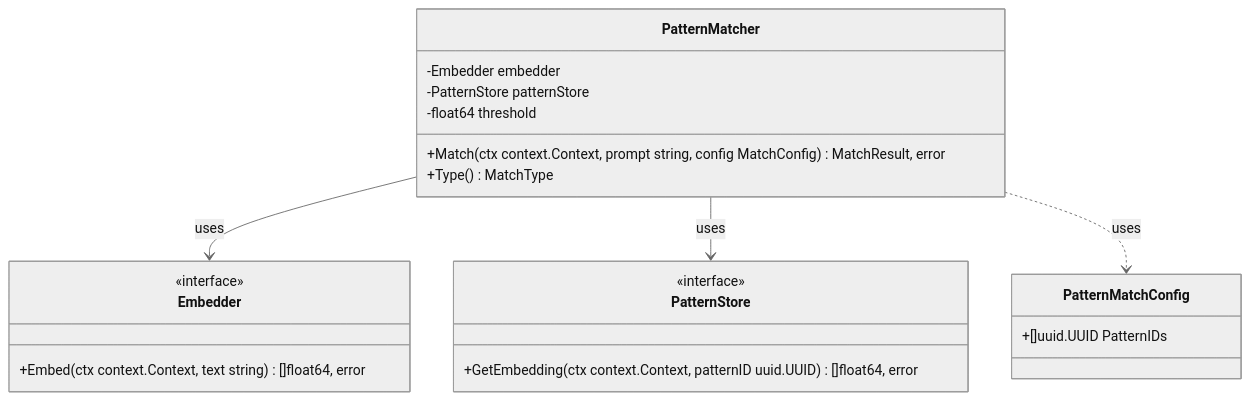
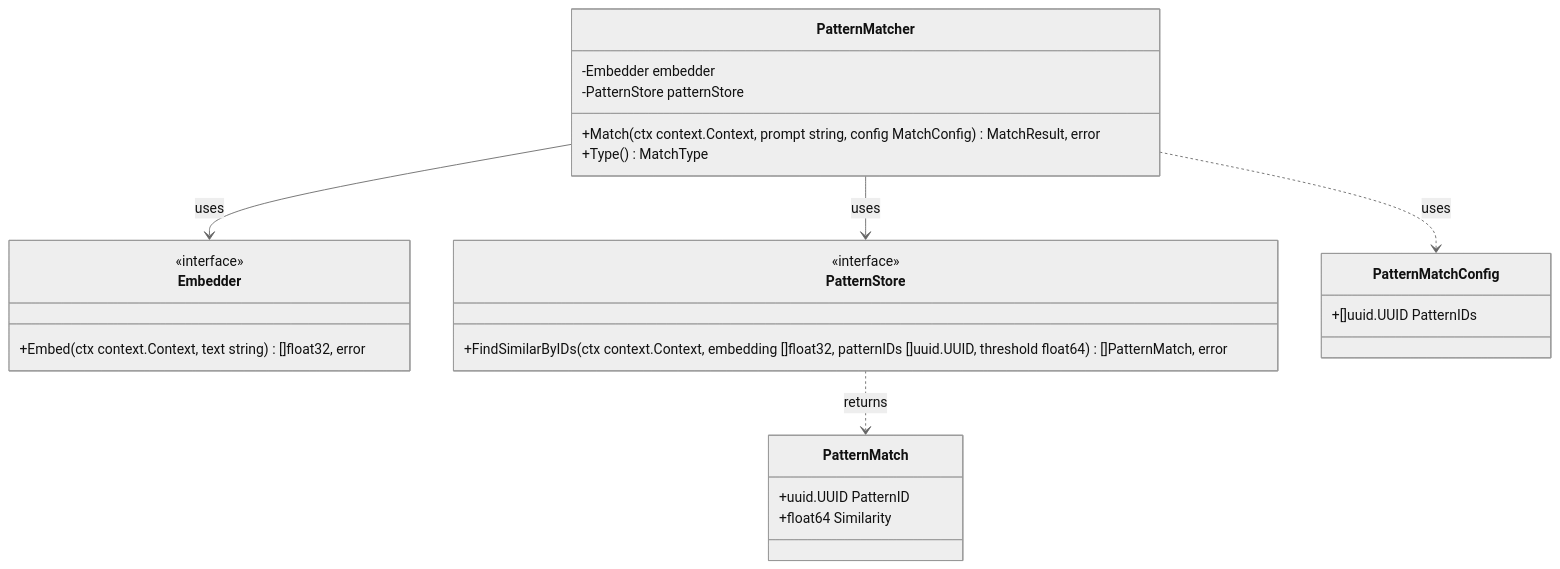
Before and after one commit to twistingmercury/mnemonic-mcp: diagram 13 of 19 in docs/design/routing-engine.md, drawn with Mermaid (neutral theme). The commit also changed other lines of this file and 1 other file, not shown here.

Commit message:
explicitly stated the cosine similarity searches are performed by vector db

````diff
--- a/docs/design/routing-engine.md
+++ b/docs/design/routing-engine.md
@@ -810,28 +815,33 @@
 ```mermaid
 classDiagram
     class PatternMatcher {
         -Embedder embedder
         -PatternStore patternStore
-        -float64 threshold
         +Match(ctx context.Context, prompt string, config MatchConfig) MatchResult, error
         +Type() MatchType
     }
 
     class Embedder {
         <<interface>>
-        +Embed(ctx context.Context, text string) []float64, error
+        +Embed(ctx context.Context, text string) []float32, error
     }
 
     class PatternStore {
         <<interface>>
-        +GetEmbedding(ctx context.Context, patternID uuid.UUID) []float64, error
+        +FindSimilarByIDs(ctx context.Context, embedding []float32, patternIDs []uuid.UUID, threshold float64) []PatternMatch, error
+    }
+
+    class PatternMatch {
+        +uuid.UUID PatternID
+        +float64 Similarity
     }
 
     class PatternMatchConfig {
         +[]uuid.UUID PatternIDs
     }
 
     PatternMatcher --> Embedder : uses
     PatternMatcher --> PatternStore : uses
     PatternMatcher ..> PatternMatchConfig : uses
+    PatternStore ..> PatternMatch : returns
 ```
````
